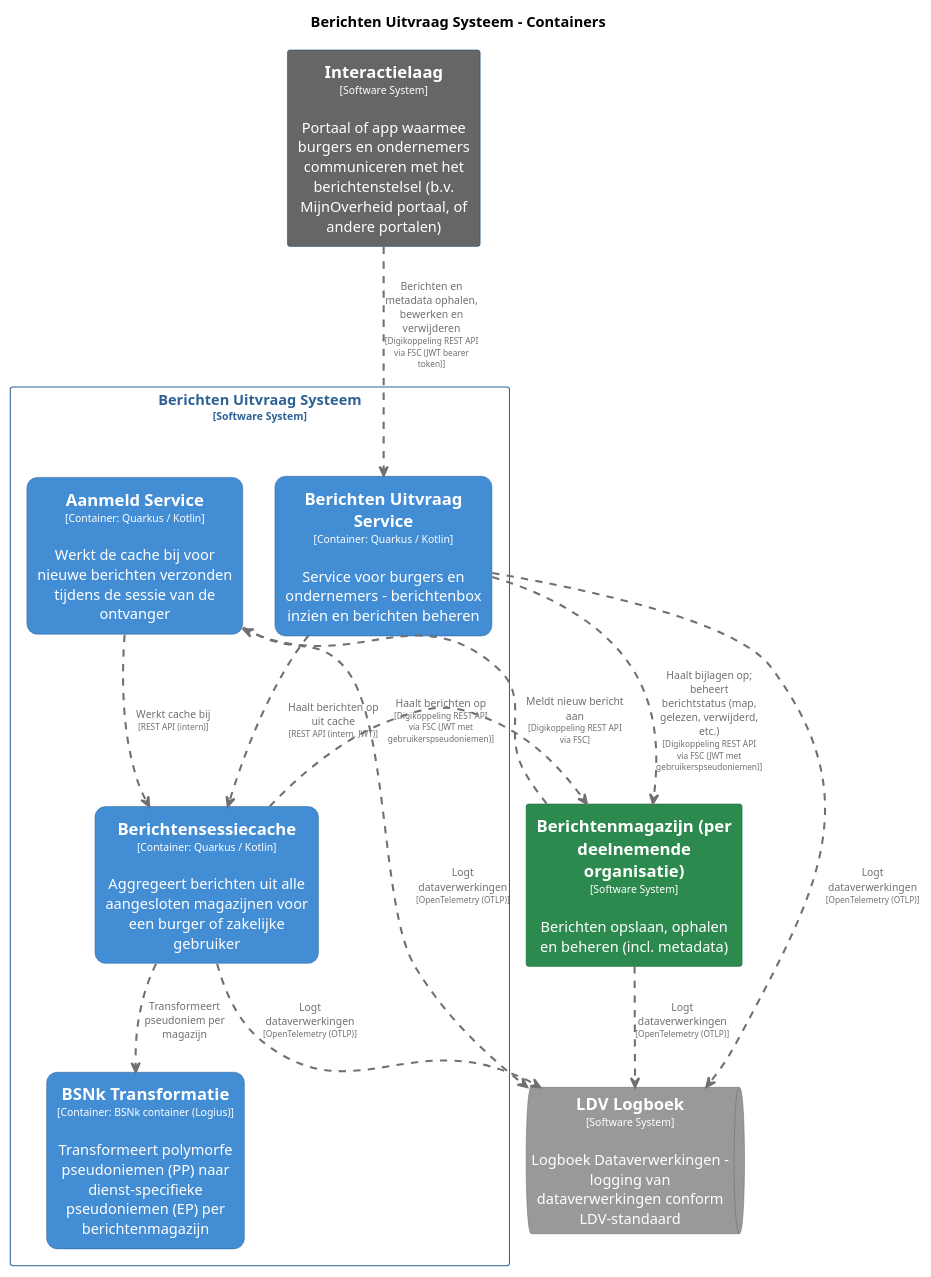
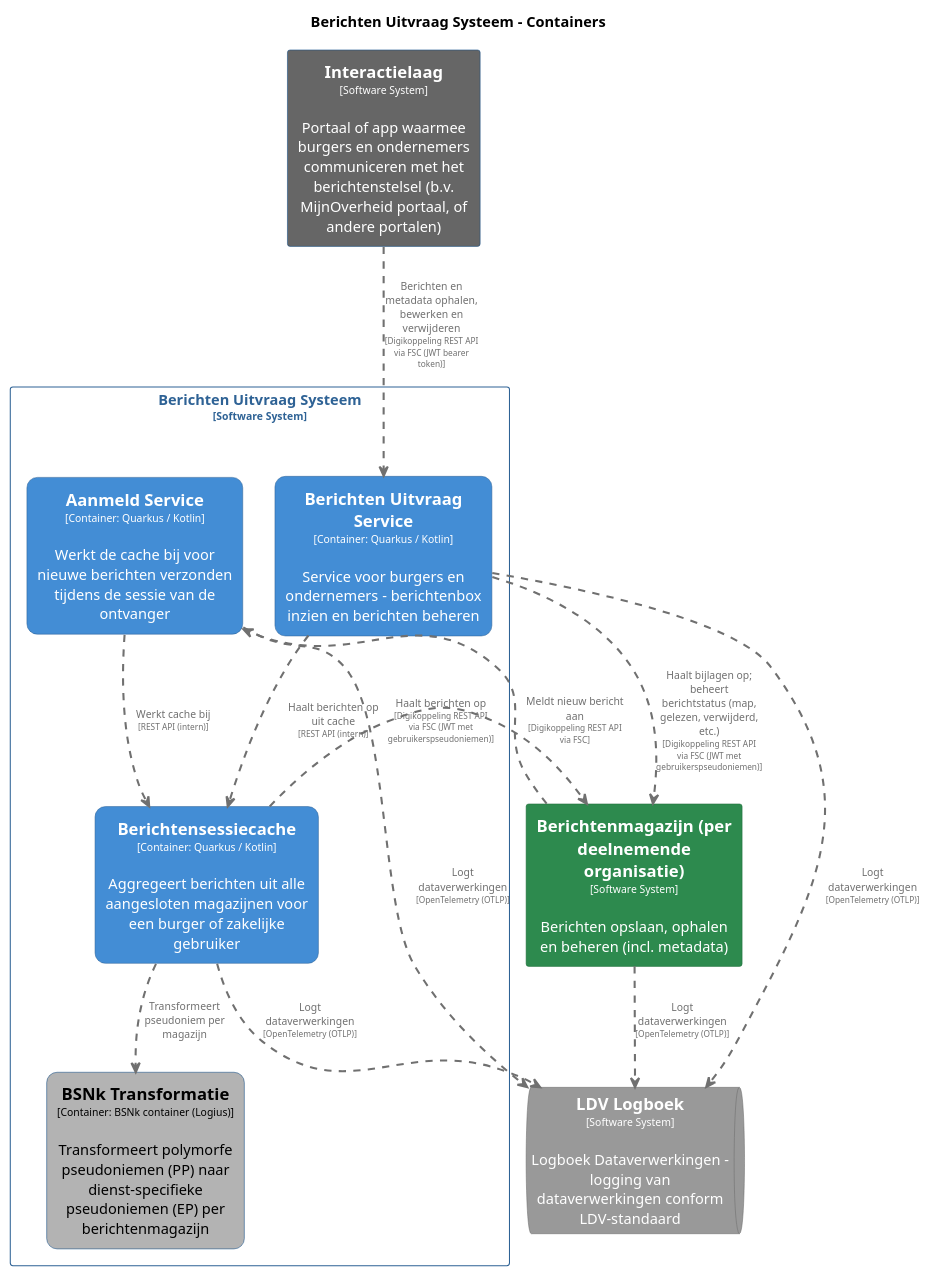
Before and after one commit to MinBZK/moza-poc-fbs-berichtenbox: the diagram in pr-preview/pr-22/master/puml/BerichtenUitvraagSysteemContainers.puml, drawn with PlantUML. The commit also changed 17 other files, not shown here.

```diff
--- a/pr-preview/pr-22/master/puml/BerichtenUitvraagSysteemContainers.puml
+++ b/pr-preview/pr-22/master/puml/BerichtenUitvraagSysteemContainers.puml
@@ -1,92 +1,92 @@
 @startuml
 set separator none
 title Berichten Uitvraag Systeem - Containers
 
 top to bottom direction
 skinparam ranksep 60
 skinparam nodesep 30
 
 skinparam {
   arrowFontSize 10
   defaultTextAlignment center
   wrapWidth 200
   maxMessageSize 100
 }
 
 hide stereotype
 
 skinparam rectangle<<BerichtenUitvraagSysteem.AanmeldService>> {
   BackgroundColor #438dd5
   FontColor #ffffff
   BorderColor #2e6295
   roundCorner 20
   shadowing false
 }
 skinparam rectangle<<BerichtenUitvraagSysteem.BSNkTransformatie>> {
-  BackgroundColor #438dd5
-  FontColor #ffffff
-  BorderColor #2e6295
+  BackgroundColor #b3b3b3
+  FontColor #000000
+  BorderColor #0b4884
   roundCorner 20
   shadowing false
 }
 skinparam rectangle<<BerichtenUitvraagSysteem.BerichtenUitvraagService>> {
   BackgroundColor #438dd5
   FontColor #ffffff
   BorderColor #2e6295
   roundCorner 20
   shadowing false
 }
 skinparam rectangle<<Berichtenmagazijnperdeelnemendeorganisatie>> {
   BackgroundColor #2d8a4e
   FontColor #ffffff
   BorderColor #1e6b38
   shadowing false
 }
 skinparam rectangle<<BerichtenUitvraagSysteem.Berichtensessiecache>> {
   BackgroundColor #438dd5
   FontColor #ffffff
   BorderColor #2e6295
   roundCorner 20
   shadowing false
 }
 skinparam rectangle<<Interactielaag>> {
   BackgroundColor #666666
   FontColor #ffffff
   BorderColor #0b4884
   shadowing false
 }
 skinparam queue<<LDVLogboek>> {
   BackgroundColor #999999
   FontColor #ffffff
   BorderColor #6b6b6b
   shadowing false
 }
 skinparam rectangle<<BerichtenUitvraagSysteem>> {
   BorderColor #2e6295
   FontColor #2e6295
   shadowing false
 }
 
 rectangle "==Interactielaag\n<size:10>[Software System]</size>\n\nPortaal of app waarmee burgers en ondernemers communiceren met het berichtenstelsel (b.v. MijnOverheid portaal, of andere portalen)" <<Interactielaag>> as Interactielaag
 rectangle "==Berichtenmagazijn (per deelnemende organisatie)\n<size:10>[Software System]</size>\n\nBerichten opslaan, ophalen en beheren (incl. metadata)" <<Berichtenmagazijnperdeelnemendeorganisatie>> as Berichtenmagazijnperdeelnemendeorganisatie
 queue "==LDV Logboek\n<size:10>[Software System]</size>\n\nLogboek Dataverwerkingen - logging van dataverwerkingen conform LDV-standaard" <<LDVLogboek>> as LDVLogboek
 
 rectangle "Berichten Uitvraag Systeem\n<size:10>[Software System]</size>" <<BerichtenUitvraagSysteem>> {
   rectangle "==Berichtensessiecache\n<size:10>[Container: Quarkus / Kotlin]</size>\n\nAggregeert berichten uit alle aangesloten magazijnen voor een burger of zakelijke gebruiker" <<BerichtenUitvraagSysteem.Berichtensessiecache>> as BerichtenUitvraagSysteem.Berichtensessiecache
   rectangle "==Berichten Uitvraag Service\n<size:10>[Container: Quarkus / Kotlin]</size>\n\nService voor burgers en ondernemers - berichtenbox inzien en berichten beheren" <<BerichtenUitvraagSysteem.BerichtenUitvraagService>> as BerichtenUitvraagSysteem.BerichtenUitvraagService
   rectangle "==BSNk Transformatie\n<size:10>[Container: BSNk container (Logius)]</size>\n\nTransformeert polymorfe pseudoniemen (PP) naar dienst-specifieke pseudoniemen (EP) per berichtenmagazijn" <<BerichtenUitvraagSysteem.BSNkTransformatie>> as BerichtenUitvraagSysteem.BSNkTransformatie
   rectangle "==Aanmeld Service\n<size:10>[Container: Quarkus / Kotlin]</size>\n\nWerkt de cache bij voor nieuwe berichten verzonden tijdens de sessie van de ontvanger" <<BerichtenUitvraagSysteem.AanmeldService>> as BerichtenUitvraagSysteem.AanmeldService
 }
 
 BerichtenUitvraagSysteem.Berichtensessiecache .[#707070,thickness=2].> Berichtenmagazijnperdeelnemendeorganisatie : "<color:#707070>Haalt berichten op\n<color:#707070><size:8>[Digikoppeling REST API via FSC (JWT met gebruikerspseudoniemen)]</size>"
 Berichtenmagazijnperdeelnemendeorganisatie .[#707070,thickness=2].> LDVLogboek : "<color:#707070>Logt dataverwerkingen\n<color:#707070><size:8>[OpenTelemetry (OTLP)]</size>"
 BerichtenUitvraagSysteem.Berichtensessiecache .[#707070,thickness=2].> LDVLogboek : "<color:#707070>Logt dataverwerkingen\n<color:#707070><size:8>[OpenTelemetry (OTLP)]</size>"
 BerichtenUitvraagSysteem.BerichtenUitvraagService .[#707070,thickness=2].> LDVLogboek : "<color:#707070>Logt dataverwerkingen\n<color:#707070><size:8>[OpenTelemetry (OTLP)]</size>"
 BerichtenUitvraagSysteem.AanmeldService .[#707070,thickness=2].> LDVLogboek : "<color:#707070>Logt dataverwerkingen\n<color:#707070><size:8>[OpenTelemetry (OTLP)]</size>"
 BerichtenUitvraagSysteem.Berichtensessiecache .[#707070,thickness=2].> BerichtenUitvraagSysteem.BSNkTransformatie : "<color:#707070>Transformeert pseudoniem per magazijn"
 BerichtenUitvraagSysteem.AanmeldService .[#707070,thickness=2].> BerichtenUitvraagSysteem.Berichtensessiecache : "<color:#707070>Werkt cache bij\n<color:#707070><size:8>[REST API (intern)]</size>"
-BerichtenUitvraagSysteem.BerichtenUitvraagService .[#707070,thickness=2].> BerichtenUitvraagSysteem.Berichtensessiecache : "<color:#707070>Haalt berichten op uit cache\n<color:#707070><size:8>[REST API (intern, JWT)]</size>"
+BerichtenUitvraagSysteem.BerichtenUitvraagService .[#707070,thickness=2].> BerichtenUitvraagSysteem.Berichtensessiecache : "<color:#707070>Haalt berichten op uit cache\n<color:#707070><size:8>[REST API (intern)]</size>"
 Interactielaag .[#707070,thickness=2].> BerichtenUitvraagSysteem.BerichtenUitvraagService : "<color:#707070>Berichten en metadata ophalen, bewerken en verwijderen\n<color:#707070><size:8>[Digikoppeling REST API via FSC (JWT bearer token)]</size>"
 BerichtenUitvraagSysteem.BerichtenUitvraagService .[#707070,thickness=2].> Berichtenmagazijnperdeelnemendeorganisatie : "<color:#707070>Haalt bijlagen op; beheert berichtstatus (map, gelezen, verwijderd, etc.)\n<color:#707070><size:8>[Digikoppeling REST API via FSC (JWT met gebruikerspseudoniemen)]</size>"
 Berichtenmagazijnperdeelnemendeorganisatie .[#707070,thickness=2].> BerichtenUitvraagSysteem.AanmeldService : "<color:#707070>Meldt nieuw bericht aan\n<color:#707070><size:8>[Digikoppeling REST API via FSC]</size>"
 @enduml
```
